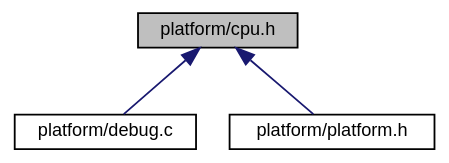
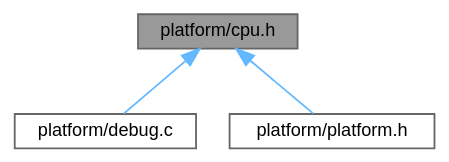
The diagram in cpu_8h__dep__incl.dot (ebs-universe/piolib-platform), drawn with Graphviz before and after one commit. The commit also changed 216 other files, not shown here.

```diff
--- a/cpu_8h__dep__incl.dot
+++ b/cpu_8h__dep__incl.dot
@@ -1,13 +1,13 @@
 digraph "platform/cpu.h"
 {
  // INTERACTIVE_SVG=YES
  // LATEX_PDF_SIZE
   bgcolor="transparent";
-  edge [fontname="Helvetica",fontsize="10",labelfontname="Helvetica",labelfontsize="10"];
-  node [fontname="Helvetica",fontsize="10",shape=record];
-  Node1 [label="platform/cpu.h",height=0.2,width=0.4,color="black", fillcolor="grey75", style="filled", fontcolor="black",tooltip="Definitions for EBS CPU controls."];
-  Node1 -> Node2 [dir="back",color="midnightblue",fontsize="10",style="solid",fontname="Helvetica"];
-  Node2 [label="platform/debug.c",height=0.2,width=0.4,color="black",URL="$debug_8c_source.html",tooltip=" "];
-  Node1 -> Node3 [dir="back",color="midnightblue",fontsize="10",style="solid",fontname="Helvetica"];
-  Node3 [label="platform/platform.h",height=0.2,width=0.4,color="black",URL="$platform_8h_source.html",tooltip=" "];
+  edge [fontname=Helvetica,fontsize=10,labelfontname=Helvetica,labelfontsize=10];
+  node [fontname=Helvetica,fontsize=10,shape=box,height=0.2,width=0.4];
+  Node1 [id="Node000001",label="platform/cpu.h",height=0.2,width=0.4,color="gray40", fillcolor="grey60", style="filled", fontcolor="black",tooltip="Definitions for EBS CPU controls."];
+  Node1 -> Node2 [id="edge1_Node000001_Node000002",dir="back",color="steelblue1",style="solid",tooltip=" "];
+  Node2 [id="Node000002",label="platform/debug.c",height=0.2,width=0.4,color="grey40", fillcolor="white", style="filled",URL="$debug_8c.html",tooltip=" "];
+  Node1 -> Node3 [id="edge2_Node000001_Node000003",dir="back",color="steelblue1",style="solid",tooltip=" "];
+  Node3 [id="Node000003",label="platform/platform.h",height=0.2,width=0.4,color="grey40", fillcolor="white", style="filled",URL="$platform_8h.html",tooltip=" "];
 }
```
